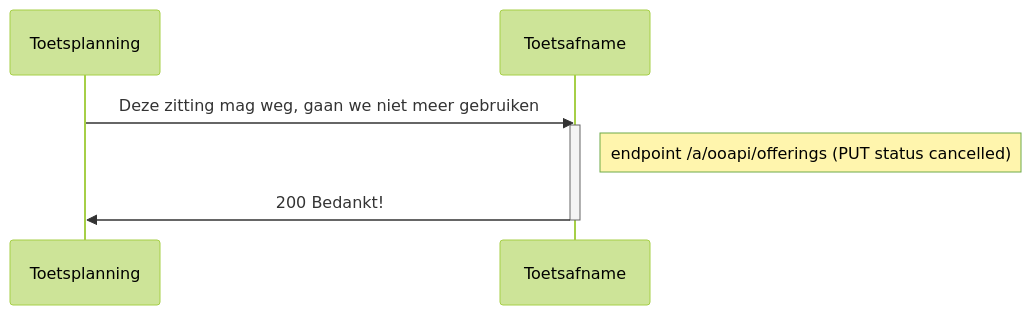
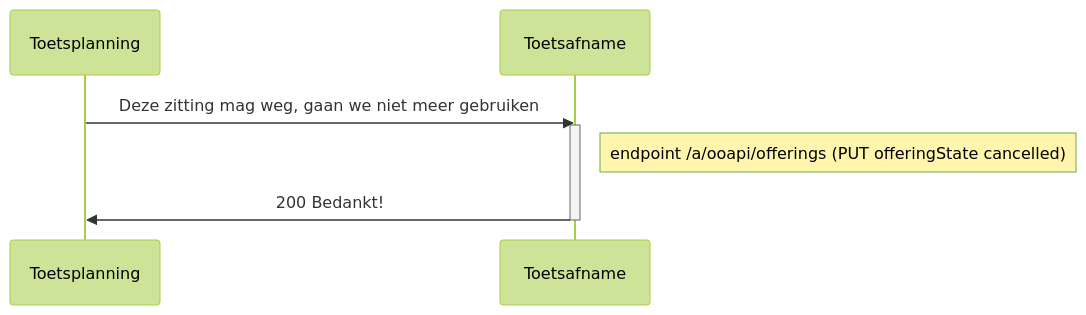
Before and after one commit to NetwerkExamineringDigitalisering/NED-OOAPI: the fifth of 5 diagrams in doc/diagrams/flow2.md, drawn with Mermaid (forest theme). The commit also changed other lines of this file, not shown here.

````diff
--- a/doc/diagrams/flow2.md
+++ b/doc/diagrams/flow2.md
@@ -148,8 +149,8 @@
 ```mermaid
 sequenceDiagram
     Toetsplanning->>Toetsafname: Deze zitting mag weg, gaan we niet meer gebruiken
     activate Toetsafname
-    Note right of Toetsafname: endpoint /a/ooapi/offerings (PUT status cancelled)
+    Note right of Toetsafname: endpoint /a/ooapi/offerings (PUT offeringState cancelled)
     Toetsafname->>Toetsplanning: 200 Bedankt!
     deactivate Toetsafname
 ```
````
